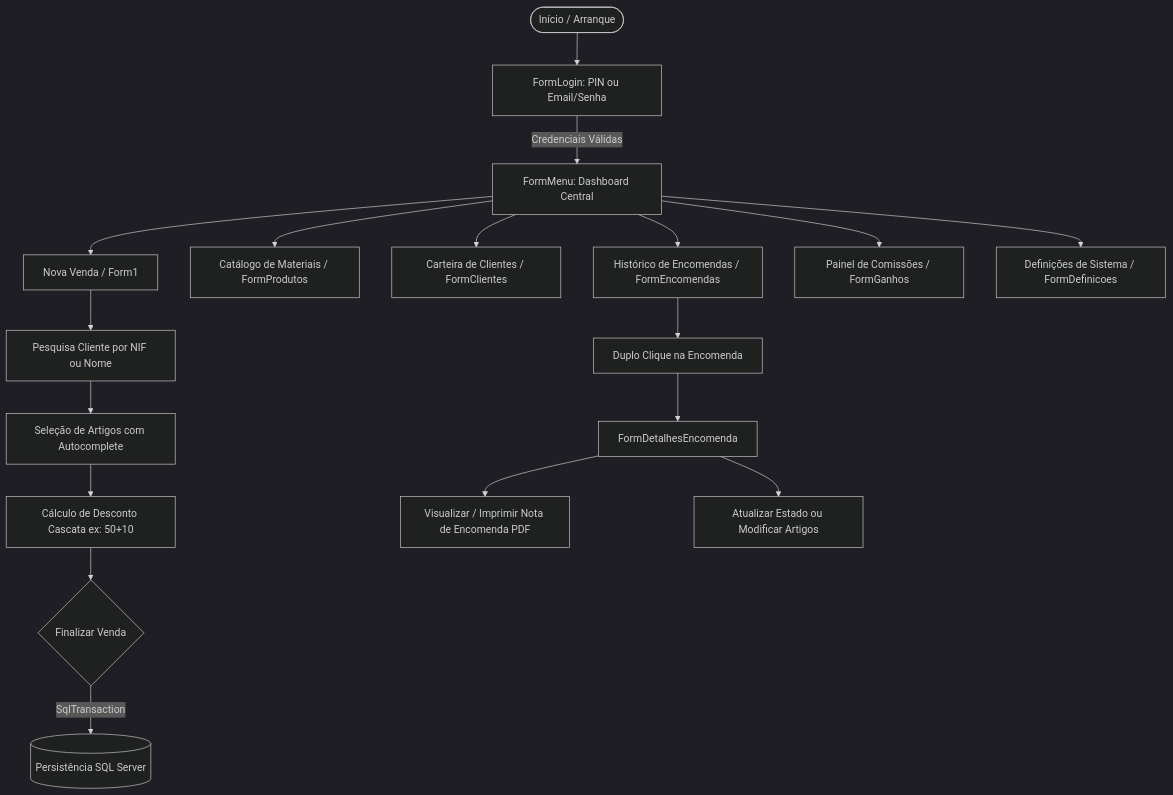
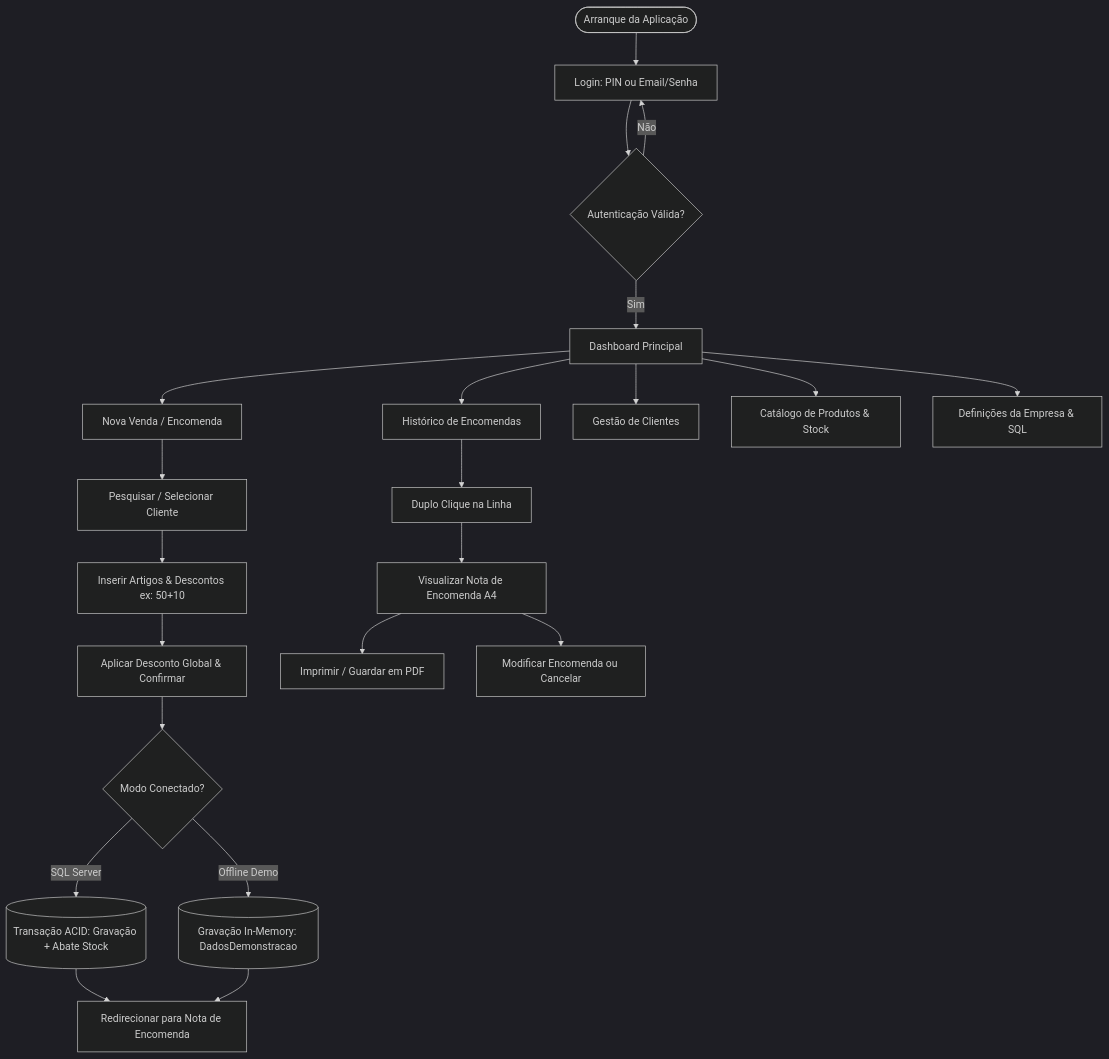
Before and after one commit to Afonsojlc/commercial-sales-manager: the first of 2 diagrams in README.md, drawn with Mermaid (dark theme). The commit also changed other lines of this file and 13 other files, not shown here.

Commit message:
refactor(codebase): estruturar codigo com regions e comentarios em ingles e atualizar documentacao tecnica

````diff
--- a/README.md
+++ b/README.md
@@ -71,23 +122,27 @@
 ```mermaid
 flowchart TD
-    A([Início / Arranque]) --> B[FormLogin: PIN ou Email/Senha]
-    B -->|Credenciais Válidas| C[FormMenu: Dashboard Central]
-    
-    C --> D[Nova Venda / Form1]
-    C --> E[Catálogo de Materiais / FormProdutos]
-    C --> F[Carteira de Clientes / FormClientes]
-    C --> G[Histórico de Encomendas / FormEncomendas]
-    C --> H[Painel de Comissões / FormGanhos]
-    C --> I[Definições de Sistema / FormDefinicoes]
+    A([Arranque da Aplicação]) --> B[Login: PIN ou Email/Senha]
+    B --> C{Autenticação Válida?}
+    C -->|Sim| D[Dashboard Principal]
+    C -->|Não| B
 
-    D --> D1[Pesquisa Cliente por NIF ou Nome]
-    D1 --> D2[Seleção de Artigos com Autocomplete]
-    D2 --> D3[Cálculo de Desconto Cascata ex: 50+10]
-    D3 --> D4{Finalizar Venda}
-    D4 -->|SqlTransaction| D5[(Persistência SQL Server)]
-    
-    G --> G1[Duplo Clique na Encomenda]
-    G1 --> G2[FormDetalhesEncomenda]
-    G2 --> G3[Visualizar / Imprimir Nota de Encomenda PDF]
-    G2 --> G4[Atualizar Estado ou Modificar Artigos]
+    D --> E[Nova Venda / Encomenda]
+    D --> F[Histórico de Encomendas]
+    D --> G[Gestão de Clientes]
+    D --> H[Catálogo de Produtos & Stock]
+    D --> I[Definições da Empresa & SQL]
+
+    E --> E1[Pesquisar / Selecionar Cliente]
+    E1 --> E2[Inserir Artigos & Descontos ex: 50+10]
+    E2 --> E3[Aplicar Desconto Global & Confirmar]
+    E3 --> E4{Modo Conectado?}
+    E4 -->|SQL Server| E5[(Transação ACID: Gravação + Abate Stock)]
+    E4 -->|Offline Demo| E6[(Gravação In-Memory: DadosDemonstracao)]
+    E5 --> E7[Redirecionar para Nota de Encomenda]
+    E6 --> E7
+
+    F --> F1[Duplo Clique na Linha]
+    F1 --> F2[Visualizar Nota de Encomenda A4]
+    F2 --> F3[Imprimir / Guardar em PDF]
+    F2 --> F4[Modificar Encomenda ou Cancelar]
 ```
````
